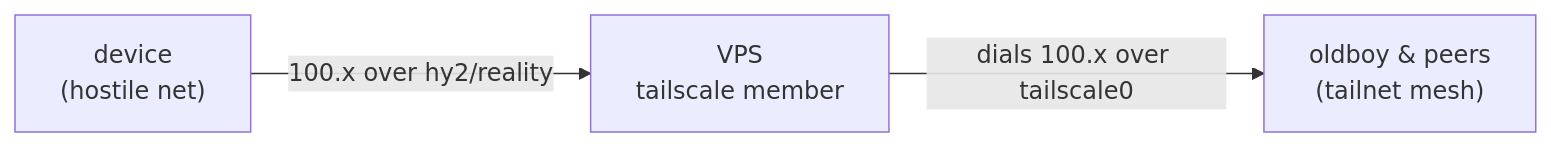
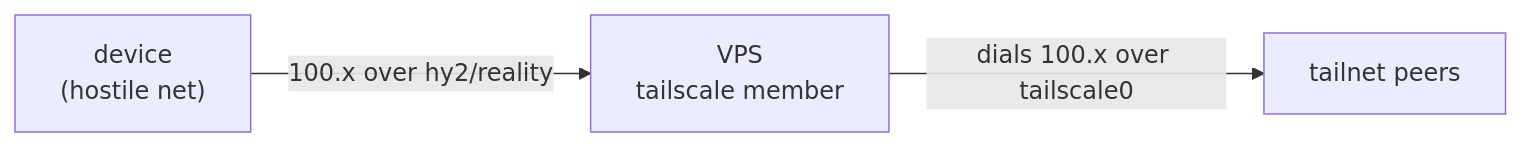
Before and after one commit to radiosilence/jaritanet: the fifth of 6 diagrams in docs/architecture.md, drawn with Mermaid. The commit also changed other lines of this file and 2 other files, not shown here.

````diff
--- a/docs/architecture.md
+++ b/docs/architecture.md
@@ -350,5 +346,5 @@
 ```mermaid
 flowchart LR
     DEV["device<br/>(hostile net)"] -->|"100.x over hy2/reality"| VPS["VPS<br/>tailscale member"]
-    VPS -->|"dials 100.x over tailscale0"| HOME["oldboy & peers<br/>(tailnet mesh)"]
+    VPS -->|"dials 100.x over tailscale0"| HOME["tailnet peers"]
 ```
````
